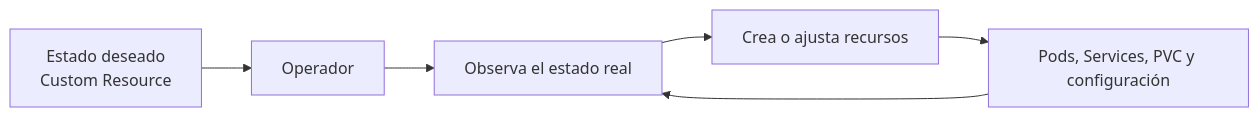
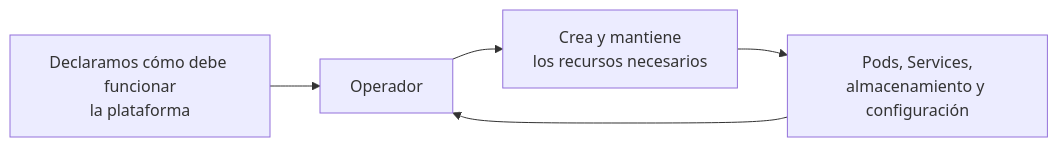
The first of 4 diagrams in docs/sesion3/3.7 Operadores.md (ieftraining/curso-openshift), drawn with Mermaid before and after one commit. The commit also changed other lines of this file, not shown here.

````diff
--- a/docs/sesion3/3.7 Operadores.md
+++ b/docs/sesion3/3.7 Operadores.md
@@ -38,8 +30,7 @@
 ```mermaid
 flowchart LR
-    A[Estado deseado<br/>Custom Resource] --> B[Operador]
-    B --> C[Observa el estado real]
-    C --> D[Crea o ajusta recursos]
-    D --> E[Pods, Services, PVC y configuración]
-    E --> C
+    A[Declaramos cómo debe funcionar<br>la plataforma] --> B[Operador]
+    B --> C[Crea y mantiene<br>los recursos necesarios]
+    C --> D[Pods, Services,<br>almacenamiento y configuración]
+    D --> B
 ```
````
